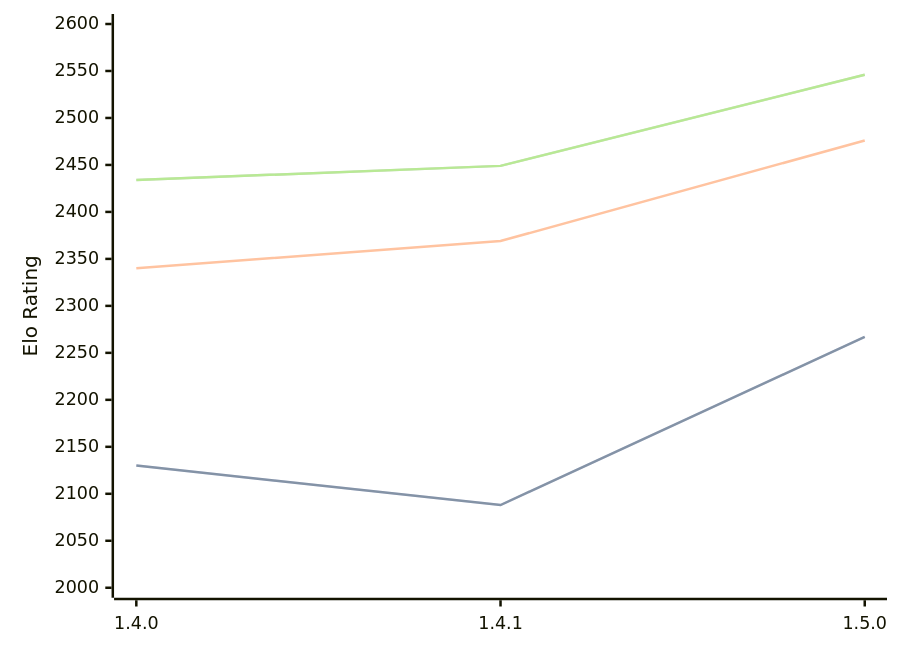
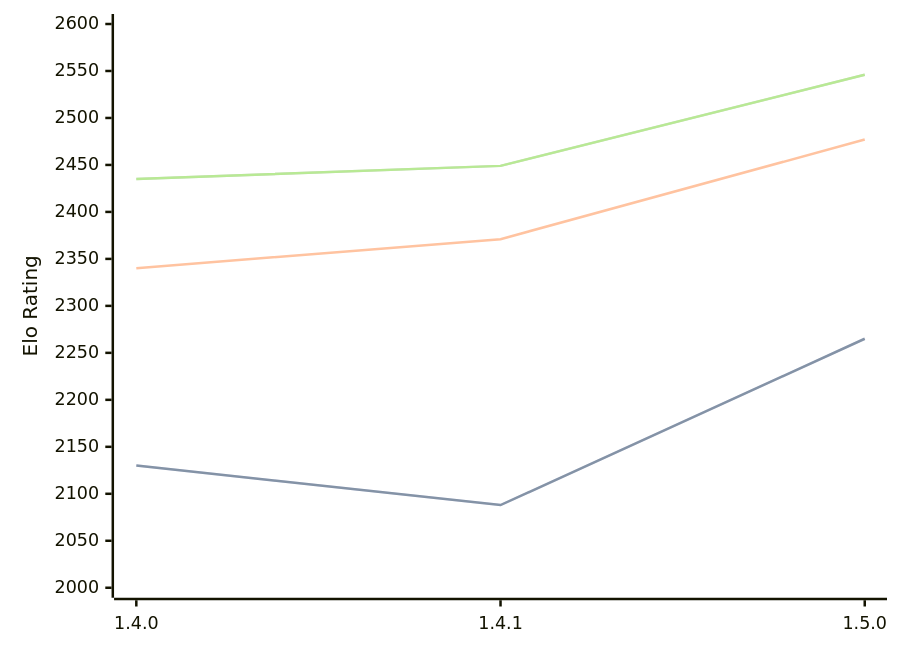
The diagram in engines/Tofiks.md (computer-chess-index/cci), drawn with Mermaid before and after one commit. The commit also changed other lines of this file, not shown here.

Commit message:
Update CCI Ratings (ELO VLTC) - 2026-05-14

````diff
--- a/engines/Tofiks.md
+++ b/engines/Tofiks.md
@@ -37,11 +37,11 @@
 ```mermaid
 %%{init: {"theme":"base","themeVariables":{"seriesColors:['#a3a3a3','#222221','#faa371']}}}%%
 xychart-beta
   x-axis ["1.4.0", "1.4.1", "1.5.0"]
   y-axis "Elo Rating" 2000 --> 2600
-  line "STC (8.0+0.08s)" [2130, 2088, 2267]
-  line "STC (8.0+0.08s)" [2130, 2088, 2267]
-  line "LTC (60.0+0.60s)" [2340, 2369, 2476]
-  line "VLTC (2m24s+1.12s)" [2434, 2449, 2546]
-  line "VLTC (2m24s+1.12s)" [2434, 2449, 2546]
+  line "STC (8.0+0.08s)" [2130, 2088, 2265]
+  line "STC (8.0+0.08s)" [2130, 2088, 2265]
+  line "LTC (60.0+0.60s)" [2340, 2371, 2477]
+  line "VLTC (2m24s+1.12s)" [2435, 2449, 2546]
+  line "VLTC (2m24s+1.12s)" [2435, 2449, 2546]
 ```
````
